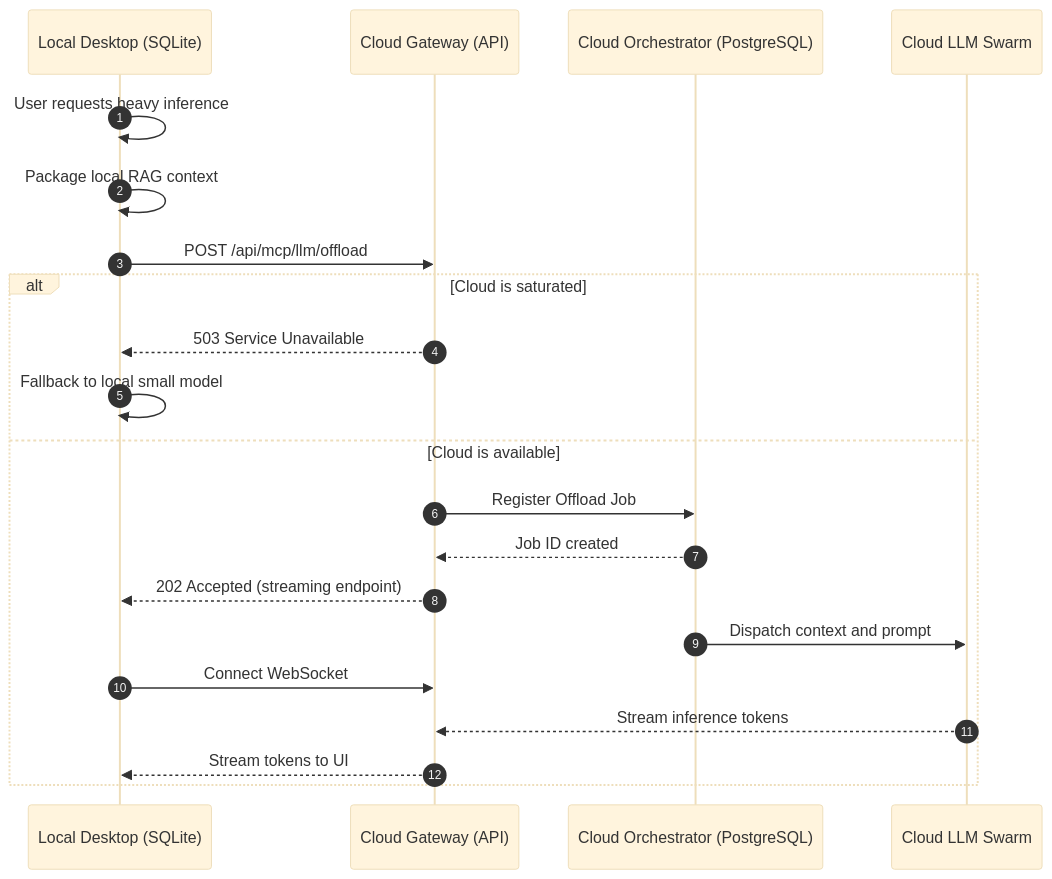
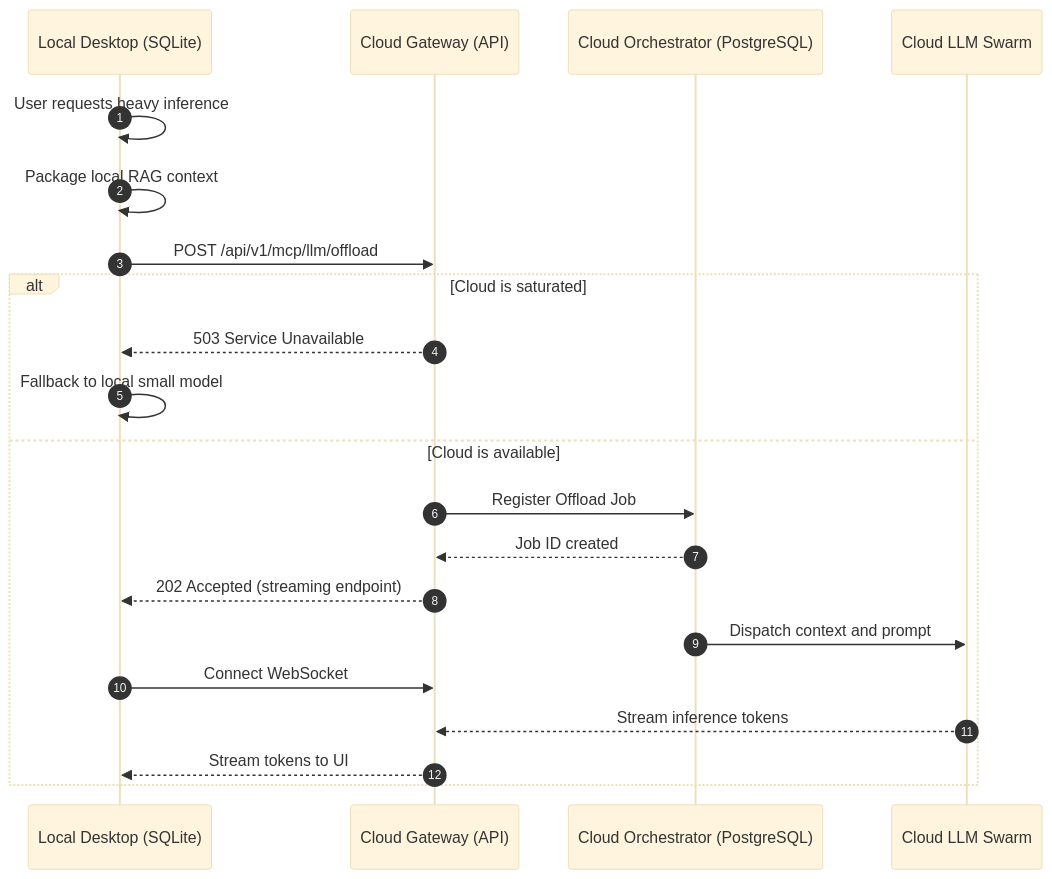
Before and after one commit to omnisolo-llc/onehumancorp: the diagram in docs/technical/walkthroughs/edge_llm_handoff_walkthrough.md, drawn with Mermaid (base theme). The commit also changed 584 other files, not shown here.

````diff
--- a/docs/technical/walkthroughs/edge_llm_handoff_walkthrough.md
+++ b/docs/technical/walkthroughs/edge_llm_handoff_walkthrough.md
@@ -16,26 +16,26 @@
     ```mermaid
     sequenceDiagram
         autonumber
         participant L as Local Desktop (SQLite)
         participant G as Cloud Gateway (API)
         participant O as Cloud Orchestrator (PostgreSQL)
         participant M as Cloud LLM Swarm
 
         L->>L: User requests heavy inference
         L->>L: Package local RAG context
-        L->>G: POST /api/mcp/llm/offload
+        L->>G: POST /api/v1/mcp/llm/offload
 
         alt Cloud is saturated
             G-->>L: 503 Service Unavailable
             L->>L: Fallback to local small model
         else Cloud is available
             G->>O: Register Offload Job
             O-->>G: Job ID created
             G-->>L: 202 Accepted (streaming endpoint)
             O->>M: Dispatch context and prompt
 
             L->>G: Connect WebSocket
             M-->>G: Stream inference tokens
             G-->>L: Stream tokens to UI
         end
     ```
````
